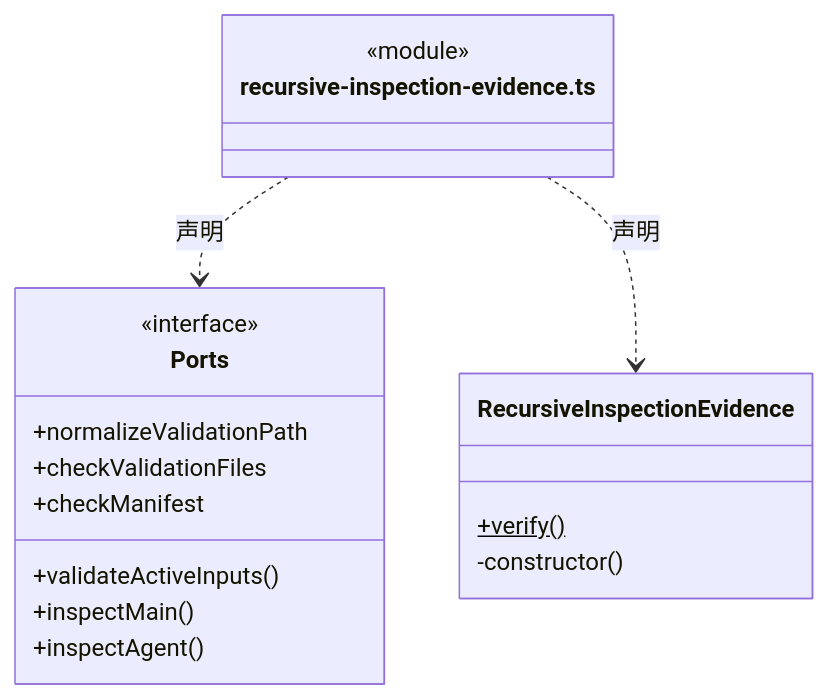
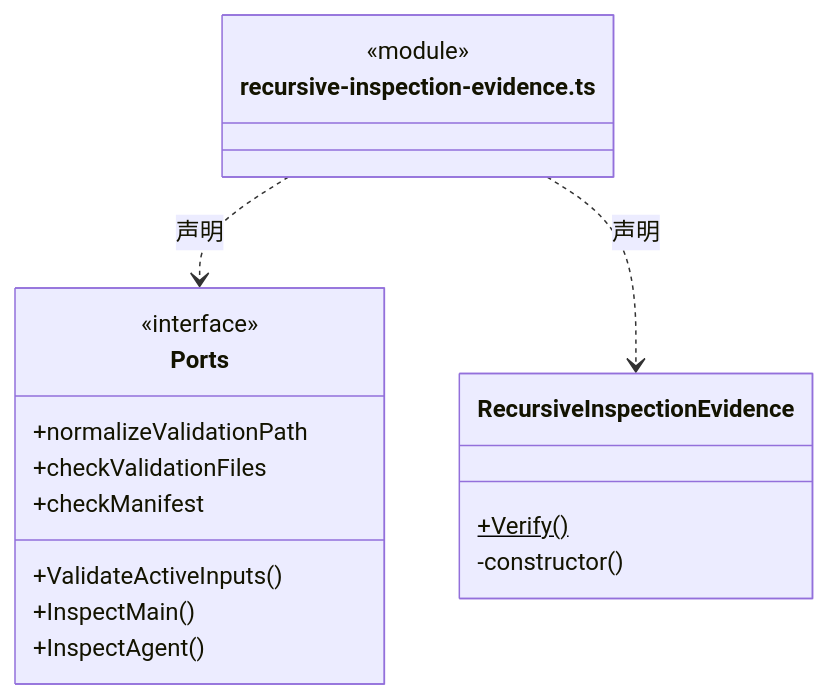
One commit to nan023062/cbim changed diagram 19 of 23 in src/logic/evidence/runtime/ARCHITECTURE.md. Above: the diagram before and after it, drawn with Mermaid. The commit also changed other lines of this file and 1035 other files, not shown here.

````diff
--- a/src/logic/evidence/runtime/ARCHITECTURE.md
+++ b/src/logic/evidence/runtime/ARCHITECTURE.md
@@ -415,21 +415,21 @@
 ```mermaid
 classDiagram
 class N_src_logic_evidence_runtime_recursive_inspection_evidence_ts["recursive-inspection-evidence.ts"] {
   <<module>>
 }
 class N_src_logic_evidence_runtime_recursive_inspection_evidence_ts_Ports["Ports"] {
   <<interface>>
-  +validateActiveInputs()
-  +inspectMain()
-  +inspectAgent()
+  +ValidateActiveInputs()
+  +InspectMain()
+  +InspectAgent()
   +normalizeValidationPath
   +checkValidationFiles
   +checkManifest
 }
 N_src_logic_evidence_runtime_recursive_inspection_evidence_ts ..> N_src_logic_evidence_runtime_recursive_inspection_evidence_ts_Ports : 声明
 class N_src_logic_evidence_runtime_recursive_inspection_evidence_ts_RecursiveInspectionEvidence["RecursiveInspectionEvidence"] {
-  +verify()$
+  +Verify()$
   -constructor()
 }
 N_src_logic_evidence_runtime_recursive_inspection_evidence_ts ..> N_src_logic_evidence_runtime_recursive_inspection_evidence_ts_RecursiveInspectionEvidence : 声明
 ```
````
